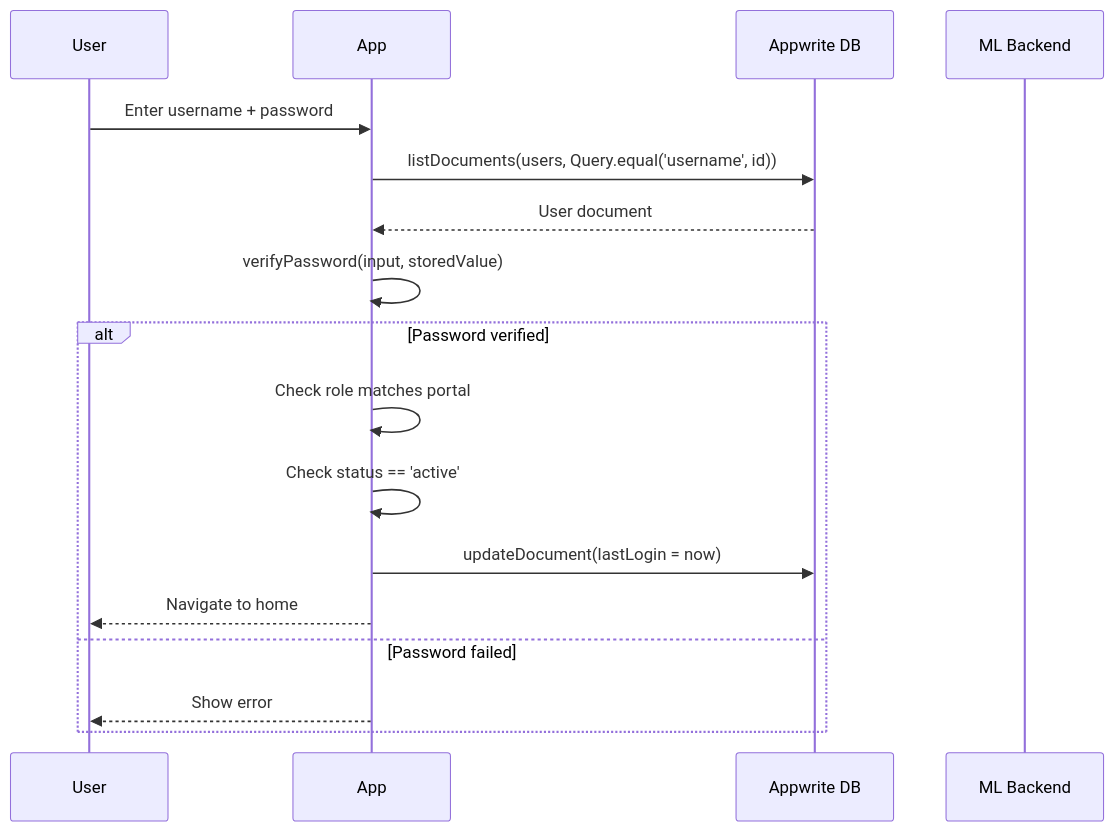
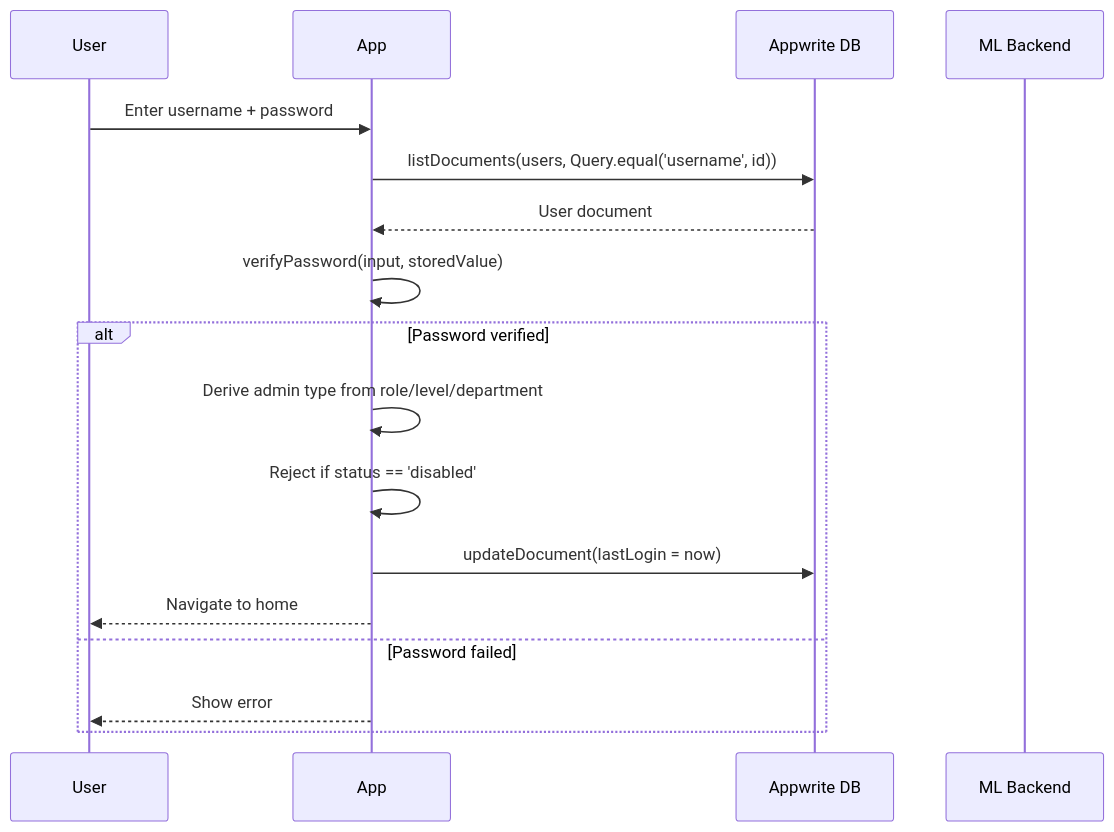
One commit to yawansharma/Upasthiti changed the diagram in docs/10_authentication.md. Above: the diagram before and after it, drawn with Mermaid. The commit also changed other lines of this file and 18 other files, not shown here.

````diff
--- a/docs/10_authentication.md
+++ b/docs/10_authentication.md
@@ -11,21 +11,21 @@
 ```mermaid
 sequenceDiagram
     participant User
     participant App
     participant AppwriteDB as Appwrite DB
     participant MLAPI as ML Backend
 
     User->>App: Enter username + password
     App->>AppwriteDB: listDocuments(users, Query.equal('username', id))
     AppwriteDB-->>App: User document
     App->>App: verifyPassword(input, storedValue)
     
     alt Password verified
-        App->>App: Check role matches portal
-        App->>App: Check status == 'active'
+        App->>App: Derive admin type from role/level/department
+        App->>App: Reject if status == 'disabled'
         App->>AppwriteDB: updateDocument(lastLogin = now)
         App-->>User: Navigate to home
     else Password failed
         App-->>User: Show error
     end
 ```
````
